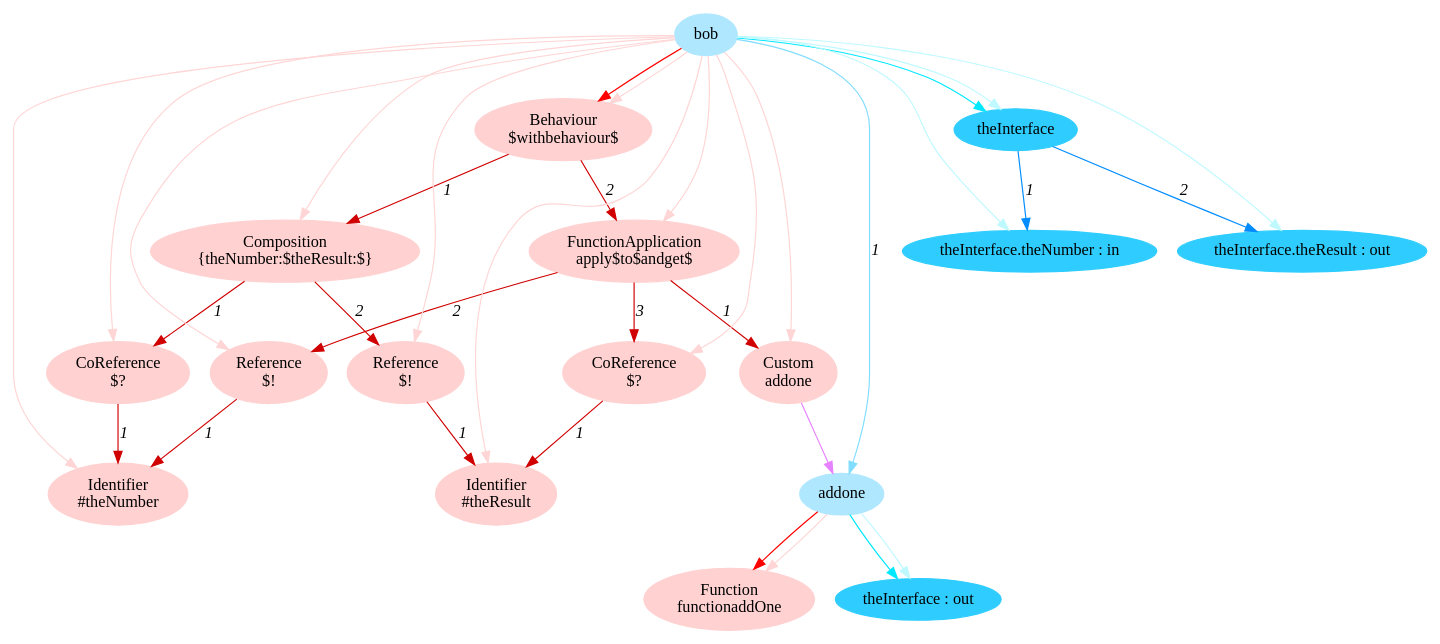
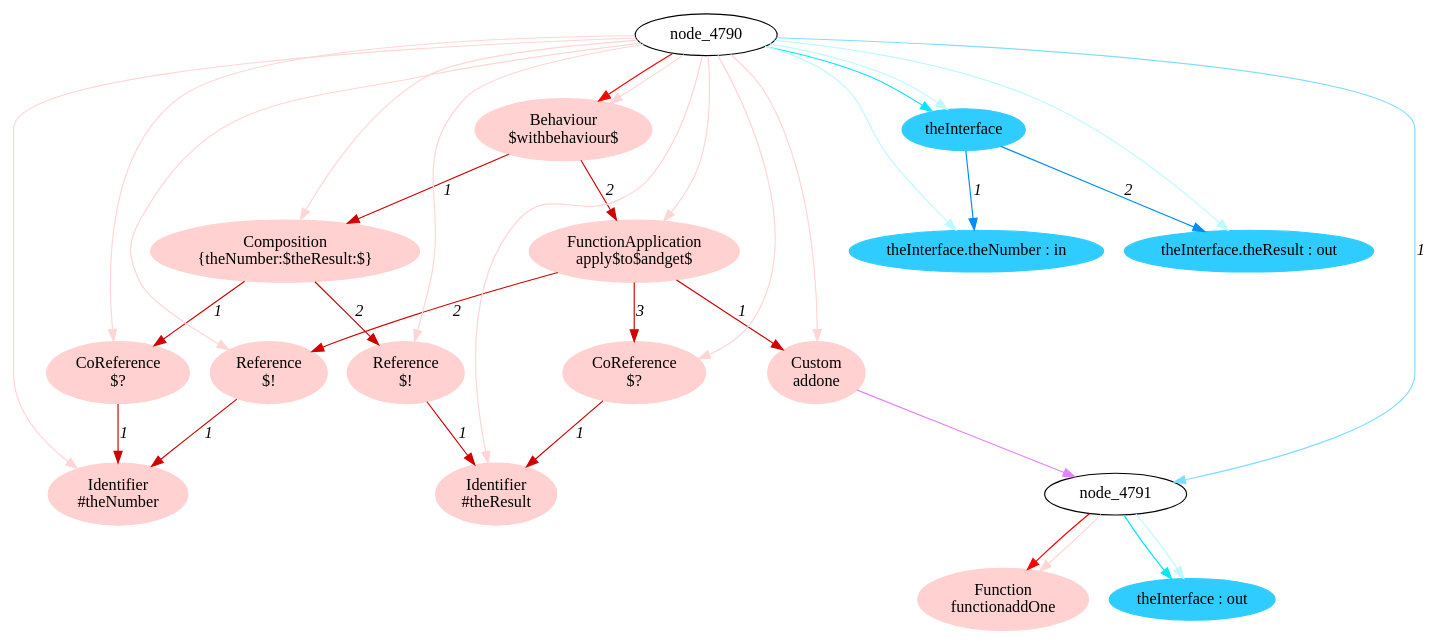
One commit to crubier/lidl changed the diagram in lidl-core/example/ok/functionApplication/dot/4linkInteractionsToDefinitions1.dot. Above: the diagram before and after it, drawn with Graphviz. The commit also changed 603 other files, not shown here.

```diff
--- a/lidl-core/example/ok/functionApplication/dot/4linkInteractionsToDefinitions1.dot
+++ b/lidl-core/example/ok/functionApplication/dot/4linkInteractionsToDefinitions1.dot
@@ -1,63 +1,61 @@
 digraph g{node_4844 [shape="ellipse", style="filled", color="#ffd1d1", fontname="Times", label="Function
 functionaddOne" ]
 node_4847 [shape="ellipse", style="filled", color="#ffd1d1", fontname="Times", label="Identifier
 #theNumber" ]
 node_4851 [shape="ellipse", style="filled", color="#ffd1d1", fontname="Times", label="CoReference
 $?" ]
 node_4855 [shape="ellipse", style="filled", color="#ffd1d1", fontname="Times", label="Identifier
 #theResult" ]
 node_4859 [shape="ellipse", style="filled", color="#ffd1d1", fontname="Times", label="Reference
 $!" ]
 node_4863 [shape="ellipse", style="filled", color="#ffd1d1", fontname="Times", label="Composition
 {theNumber:$theResult:$}" ]
 node_4868 [shape="ellipse", style="filled", color="#ffd1d1", fontname="Times", label="Custom
 addone" ]
 node_4871 [shape="ellipse", style="filled", color="#ffd1d1", fontname="Times", label="Reference
 $!" ]
 node_4875 [shape="ellipse", style="filled", color="#ffd1d1", fontname="Times", label="CoReference
 $?" ]
 node_4879 [shape="ellipse", style="filled", color="#ffd1d1", fontname="Times", label="FunctionApplication
 apply$to$andget$" ]
 node_4885 [shape="ellipse", style="filled", color="#ffd1d1", fontname="Times", label="Behaviour
 $withbehaviour$" ]
-node_4790 [shape="ellipse", style="filled", color="#afe7ff", fontname="Times", label="bob" ]
-node_4791 [shape="ellipse", style="filled", color="#afe7ff", fontname="Times", label="addone" ]
 node_4792 [shape="ellipse", style="filled", color="#2fcdff", fontname="Times", label="theInterface : out" ]
 node_4799 [shape="ellipse", style="filled", color="#2fcdff", fontname="Times", label="theInterface" ]
 node_4800 [shape="ellipse", style="filled", color="#2fcdff", fontname="Times", label="theInterface.theNumber : in" ]
 node_4802 [shape="ellipse", style="filled", color="#2fcdff", fontname="Times", label="theInterface.theResult : out" ]
 node_4851 -> node_4847 [dir=forward, arrowHead=normal, fontname="Times-Italic", arrowsize=1, color="#d00000", label="1",  headlabel="", taillabel="" ]
 node_4859 -> node_4855 [dir=forward, arrowHead=normal, fontname="Times-Italic", arrowsize=1, color="#d00000", label="1",  headlabel="", taillabel="" ]
 node_4863 -> node_4851 [dir=forward, arrowHead=normal, fontname="Times-Italic", arrowsize=1, color="#d00000", label="1",  headlabel="", taillabel="" ]
 node_4863 -> node_4859 [dir=forward, arrowHead=normal, fontname="Times-Italic", arrowsize=1, color="#d00000", label="2",  headlabel="", taillabel="" ]
 node_4871 -> node_4847 [dir=forward, arrowHead=normal, fontname="Times-Italic", arrowsize=1, color="#d00000", label="1",  headlabel="", taillabel="" ]
 node_4875 -> node_4855 [dir=forward, arrowHead=normal, fontname="Times-Italic", arrowsize=1, color="#d00000", label="1",  headlabel="", taillabel="" ]
 node_4879 -> node_4868 [dir=forward, arrowHead=normal, fontname="Times-Italic", arrowsize=1, color="#d00000", label="1",  headlabel="", taillabel="" ]
 node_4879 -> node_4871 [dir=forward, arrowHead=normal, fontname="Times-Italic", arrowsize=1, color="#d00000", label="2",  headlabel="", taillabel="" ]
 node_4879 -> node_4875 [dir=forward, arrowHead=normal, fontname="Times-Italic", arrowsize=1, color="#d00000", label="3",  headlabel="", taillabel="" ]
 node_4885 -> node_4863 [dir=forward, arrowHead=normal, fontname="Times-Italic", arrowsize=1, color="#d00000", label="1",  headlabel="", taillabel="" ]
 node_4885 -> node_4879 [dir=forward, arrowHead=normal, fontname="Times-Italic", arrowsize=1, color="#d00000", label="2",  headlabel="", taillabel="" ]
 node_4791 -> node_4844 [dir=forward, arrowHead=normal, fontname="Times-Italic", arrowsize=1, color="#ff0000", label="",  headlabel="", taillabel="" ]
 node_4790 -> node_4885 [dir=forward, arrowHead=normal, fontname="Times-Italic", arrowsize=1, color="#ff0000", label="",  headlabel="", taillabel="" ]
 node_4791 -> node_4844 [dir=forward, arrowHead=normal, fontname="Times-Italic", arrowsize=1, color="#ffd5d5", label="",  headlabel="", taillabel="" ]
 node_4790 -> node_4847 [dir=forward, arrowHead=normal, fontname="Times-Italic", arrowsize=1, color="#ffd5d5", label="",  headlabel="", taillabel="" ]
 node_4790 -> node_4851 [dir=forward, arrowHead=normal, fontname="Times-Italic", arrowsize=1, color="#ffd5d5", label="",  headlabel="", taillabel="" ]
 node_4790 -> node_4855 [dir=forward, arrowHead=normal, fontname="Times-Italic", arrowsize=1, color="#ffd5d5", label="",  headlabel="", taillabel="" ]
 node_4790 -> node_4859 [dir=forward, arrowHead=normal, fontname="Times-Italic", arrowsize=1, color="#ffd5d5", label="",  headlabel="", taillabel="" ]
 node_4790 -> node_4863 [dir=forward, arrowHead=normal, fontname="Times-Italic", arrowsize=1, color="#ffd5d5", label="",  headlabel="", taillabel="" ]
 node_4790 -> node_4868 [dir=forward, arrowHead=normal, fontname="Times-Italic", arrowsize=1, color="#ffd5d5", label="",  headlabel="", taillabel="" ]
 node_4790 -> node_4871 [dir=forward, arrowHead=normal, fontname="Times-Italic", arrowsize=1, color="#ffd5d5", label="",  headlabel="", taillabel="" ]
 node_4790 -> node_4875 [dir=forward, arrowHead=normal, fontname="Times-Italic", arrowsize=1, color="#ffd5d5", label="",  headlabel="", taillabel="" ]
 node_4790 -> node_4879 [dir=forward, arrowHead=normal, fontname="Times-Italic", arrowsize=1, color="#ffd5d5", label="",  headlabel="", taillabel="" ]
 node_4790 -> node_4885 [dir=forward, arrowHead=normal, fontname="Times-Italic", arrowsize=1, color="#ffd5d5", label="",  headlabel="", taillabel="" ]
 node_4791 -> node_4792 [dir=forward, arrowHead=normal, fontname="Times-Italic", arrowsize=1, color="#00e8ff", label="",  headlabel="", taillabel="" ]
 node_4790 -> node_4799 [dir=forward, arrowHead=normal, fontname="Times-Italic", arrowsize=1, color="#00e8ff", label="",  headlabel="", taillabel="" ]
 node_4791 -> node_4792 [dir=forward, arrowHead=normal, fontname="Times-Italic", arrowsize=1, color="#bef9ff", label="",  headlabel="", taillabel="" ]
 node_4790 -> node_4800 [dir=forward, arrowHead=normal, fontname="Times-Italic", arrowsize=1, color="#bef9ff", label="",  headlabel="", taillabel="" ]
 node_4790 -> node_4802 [dir=forward, arrowHead=normal, fontname="Times-Italic", arrowsize=1, color="#bef9ff", label="",  headlabel="", taillabel="" ]
 node_4790 -> node_4799 [dir=forward, arrowHead=normal, fontname="Times-Italic", arrowsize=1, color="#bef9ff", label="",  headlabel="", taillabel="" ]
 node_4799 -> node_4800 [dir=forward, arrowHead=normal, fontname="Times-Italic", arrowsize=1, color="#008cff", label="1",  headlabel="", taillabel="" ]
 node_4799 -> node_4802 [dir=forward, arrowHead=normal, fontname="Times-Italic", arrowsize=1, color="#008cff", label="2",  headlabel="", taillabel="" ]
 node_4790 -> node_4791 [dir=forward, arrowHead=normal, fontname="Times-Italic", arrowsize=1, color="#81ddff", label="1",  headlabel="", taillabel="" ]
 node_4868 -> node_4791 [dir=forward, arrowHead=normal, fontname="Times-Italic", arrowsize=1, color="#e681ff", label="",  headlabel="", taillabel="" ]
 }
```
